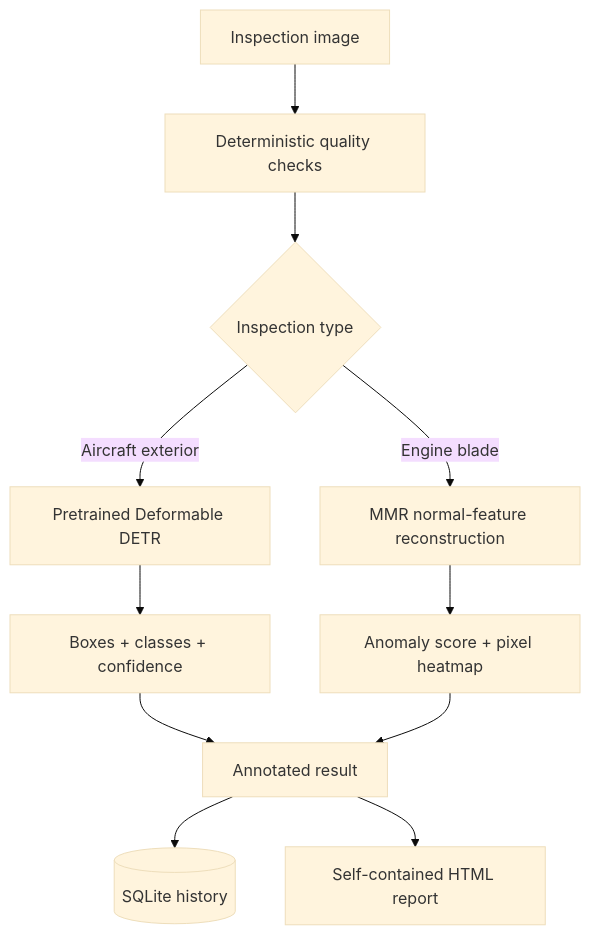
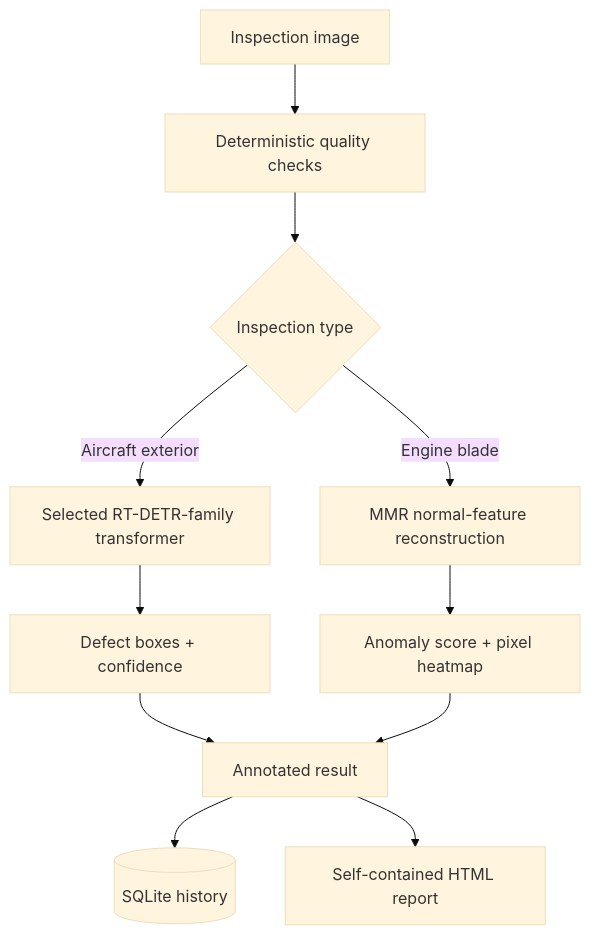
One commit to Leadyhere/AeroSafe changed the diagram in README.md. Above: the diagram before and after it, drawn with Mermaid (base theme). The commit also changed other lines of this file and 26 other files, not shown here.

````diff
--- a/README.md
+++ b/README.md
@@ -40,13 +41,13 @@
 ```mermaid
 flowchart TD
     A[Inspection image] --> B[Deterministic quality checks]
     B --> C{Inspection type}
-    C -->|Aircraft exterior| D[Pretrained Deformable DETR]
-    D --> E[Boxes + classes + confidence]
+    C -->|Aircraft exterior| D[Selected RT-DETR-family transformer]
+    D --> E[Defect boxes + confidence]
     C -->|Engine blade| F[MMR normal-feature reconstruction]
     F --> G[Anomaly score + pixel heatmap]
     E --> H[Annotated result]
     G --> H
     H --> I[(SQLite history)]
     H --> J[Self-contained HTML report]
 ```
````
